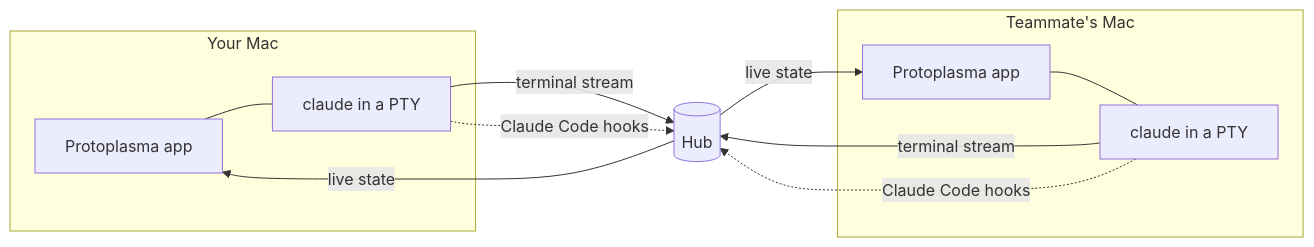
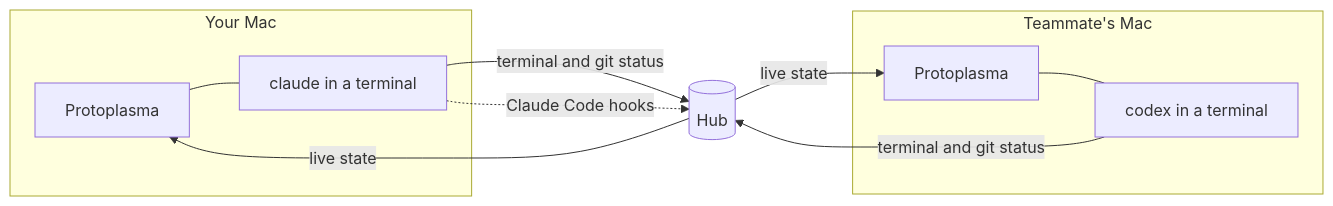
Before and after one commit to dw8-ro/protoplasma-ide: the diagram in README.md, drawn with Mermaid. The commit also changed other lines of this file and 3 other files, not shown here.

````diff
--- a/README.md
+++ b/README.md
@@ -50,16 +54,15 @@
 ```mermaid
 flowchart LR
   subgraph A[Your Mac]
-    appA[Protoplasma app] --- laneA[claude in a PTY]
+    appA[Protoplasma] --- laneA[claude in a terminal]
   end
   subgraph B[Teammate's Mac]
-    appB[Protoplasma app] --- laneB[claude in a PTY]
+    appB[Protoplasma] --- laneB[codex in a terminal]
   end
   hub[(Hub)]
-  laneA -- terminal stream --> hub
-  laneB -- terminal stream --> hub
+  laneA -- terminal and git status --> hub
+  laneB -- terminal and git status --> hub
   laneA -. Claude Code hooks .-> hub
-  laneB -. Claude Code hooks .-> hub
   hub -- live state --> appA
   hub -- live state --> appB
 ```
````
